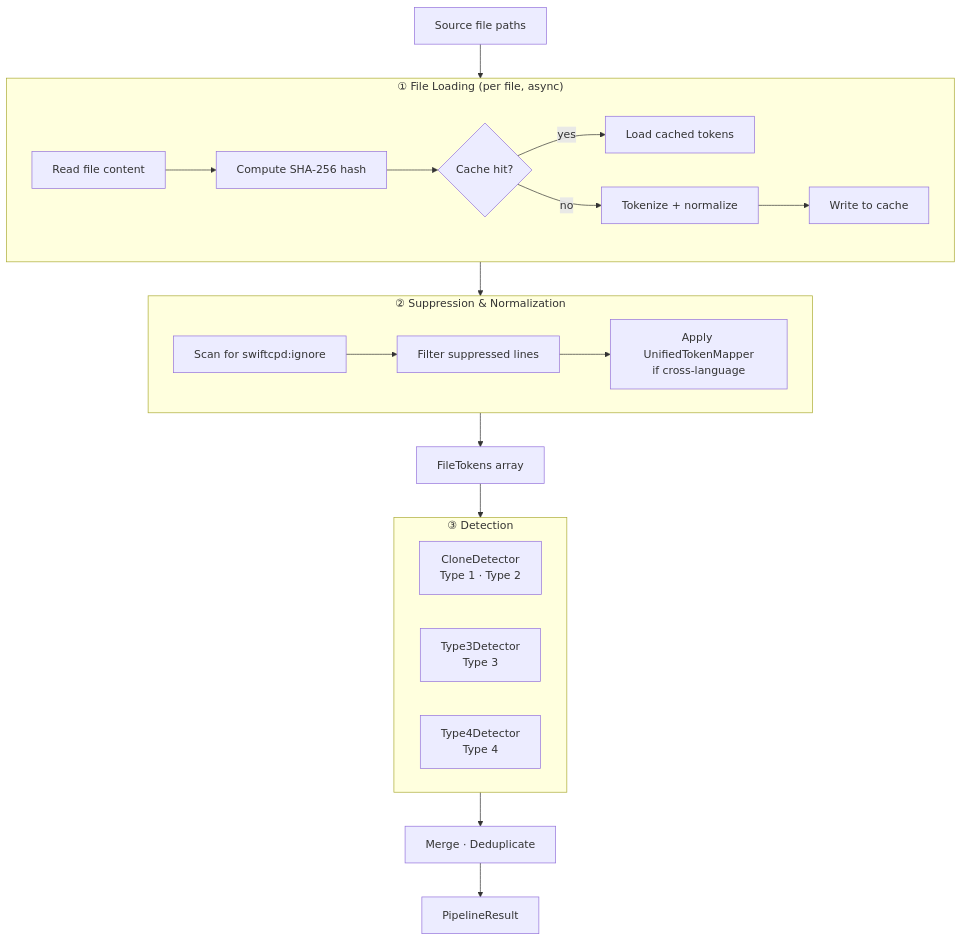
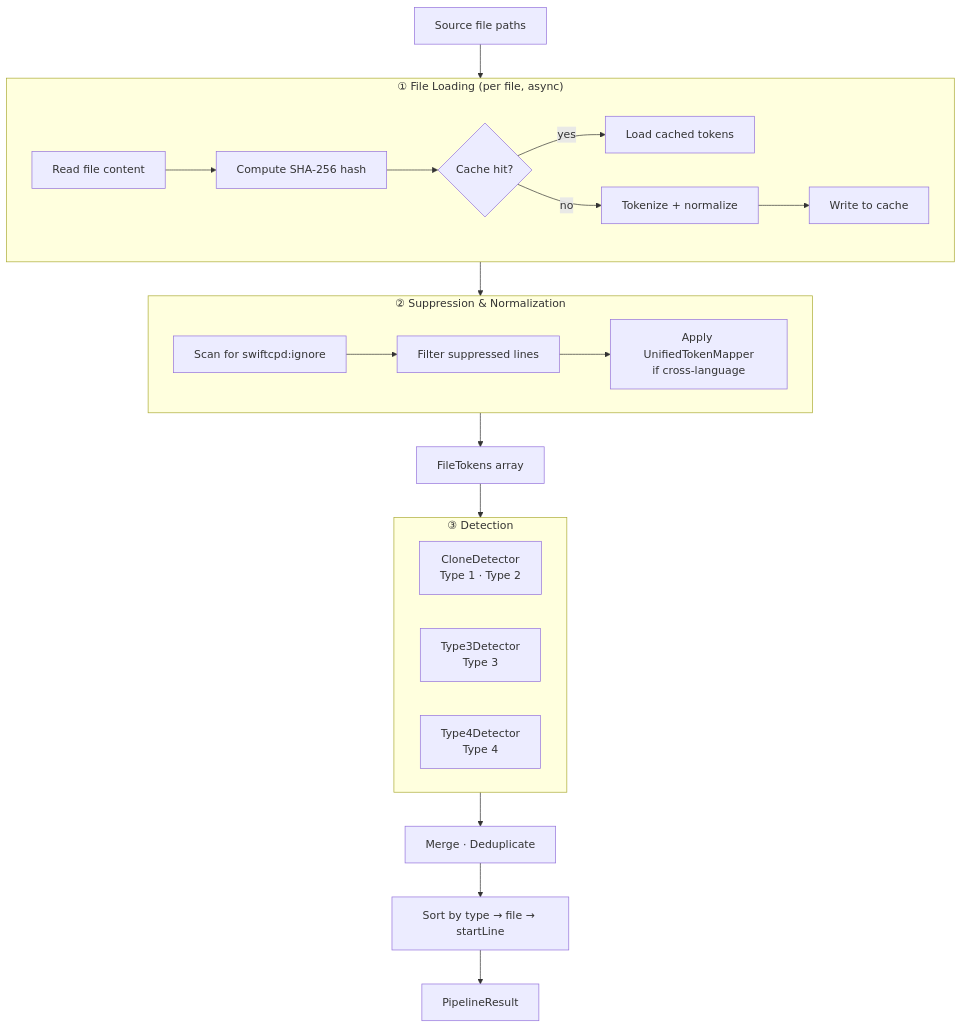
The diagram in Docs/Architecture/02-pipeline.md (ericodx/swift-cpd), drawn with Mermaid before and after one commit. The commit also changed 3 other files, not shown here.

````diff
--- a/Docs/Architecture/02-pipeline.md
+++ b/Docs/Architecture/02-pipeline.md
@@ -11,32 +11,33 @@
 ```mermaid
 flowchart TD
     A[Source file paths] --> B
 
     subgraph B["① File Loading (per file, async)"]
         B1[Read file content] --> B2[Compute SHA-256 hash]
         B2 --> B3{Cache hit?}
         B3 -- yes --> B4[Load cached tokens]
         B3 -- no --> B5[Tokenize + normalize]
         B5 --> B6[Write to cache]
     end
 
     B --> C
 
     subgraph C["② Suppression & Normalization"]
         C1[Scan for swiftcpd:ignore] --> C2[Filter suppressed lines]
         C2 --> C3[Apply UnifiedTokenMapper<br/>if cross-language]
     end
 
     C --> D[FileTokens array]
 
     D --> E
 
     subgraph E["③ Detection"]
         E1[CloneDetector<br/>Type 1 · Type 2]
         E2[Type3Detector<br/>Type 3]
         E3[Type4Detector<br/>Type 4]
     end
 
     E --> F[Merge · Deduplicate]
-    F --> G[PipelineResult]
+    F --> G["Sort by type → file → startLine"]
+    G --> H[PipelineResult]
 ```
````
